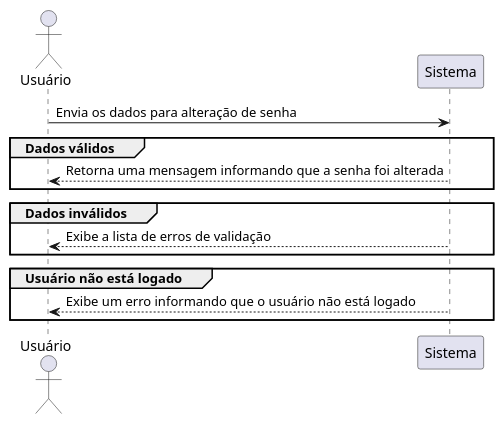
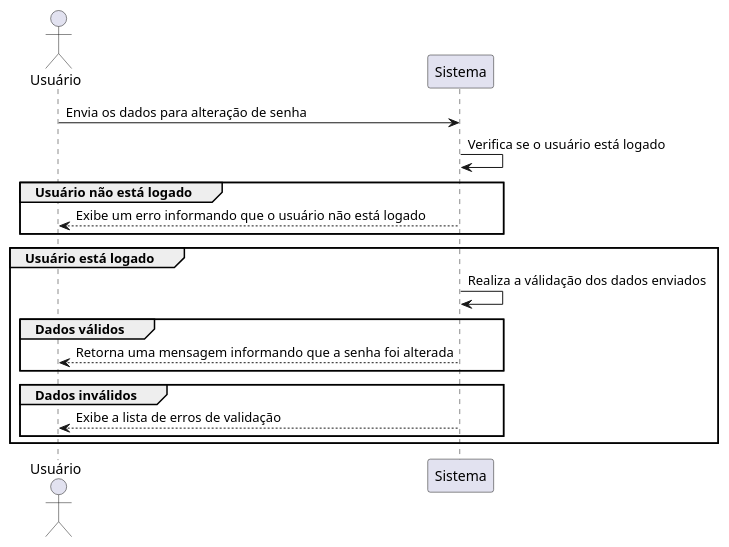
The diagram in casos-de-uso/USU03.puml (CleysonPH/desafio-gastos-pessoais), drawn with PlantUML before and after one commit. The commit also changed 15 other files, not shown here.

```diff
--- a/casos-de-uso/USU03.puml
+++ b/casos-de-uso/USU03.puml
@@ -1,20 +1,24 @@
 @startuml USU03
 
 actor Usuário
 participant Sistema
 
 Usuário -> Sistema: Envia os dados para alteração de senha
 
-group Dados válidos
-  Sistema --> Usuário: Retorna uma mensagem informando que a senha foi alterada
-end
-
-group Dados inválidos
-  Sistema --> Usuário: Exibe a lista de erros de validação
-end
-
+Sistema -> Sistema: Verifica se o usuário está logado
 group Usuário não está logado
   Sistema --> Usuário: Exibe um erro informando que o usuário não está logado
 end
 
+group Usuário está logado
+  Sistema -> Sistema: Realiza a válidação dos dados enviados
+  group Dados válidos
+    Sistema --> Usuário: Retorna uma mensagem informando que a senha foi alterada
+  end
+
+  group Dados inválidos
+    Sistema --> Usuário: Exibe a lista de erros de validação
+  end
+end
+
 @enduml
```
